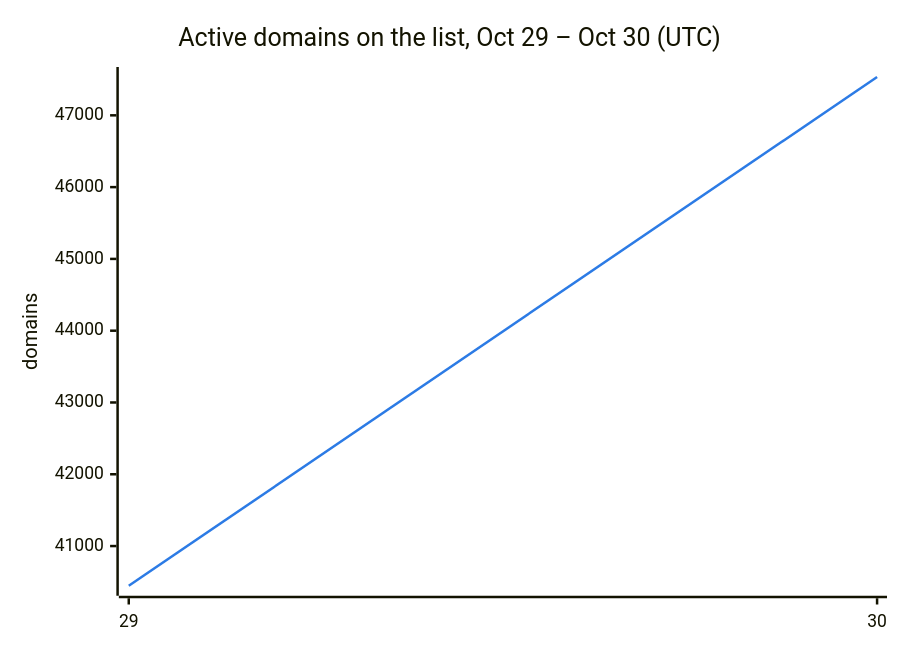
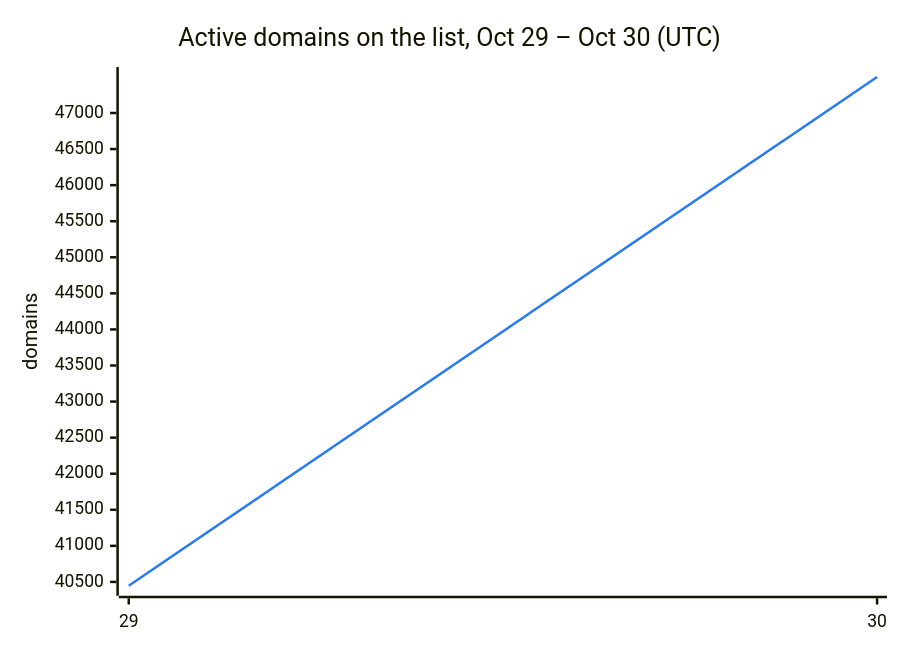
The second of 3 diagrams in README.md (DNSBunker/CTI), drawn with Mermaid before and after one commit. The commit also changed other lines of this file and 3 other files, not shown here.

````diff
--- a/README.md
+++ b/README.md
@@ -38,8 +38,8 @@
 ```mermaid
 %%{init: {"themeVariables": {"xyChart": {"plotColorPalette": "#2c7be5"}}}}%%
 xychart-beta
     title "Active domains on the list, Oct 29 – Oct 30 (UTC)"
     x-axis ["29", "30"]
     y-axis "domains"
-    line [40447, 47534]
+    line [40447, 47499]
 ```
````
